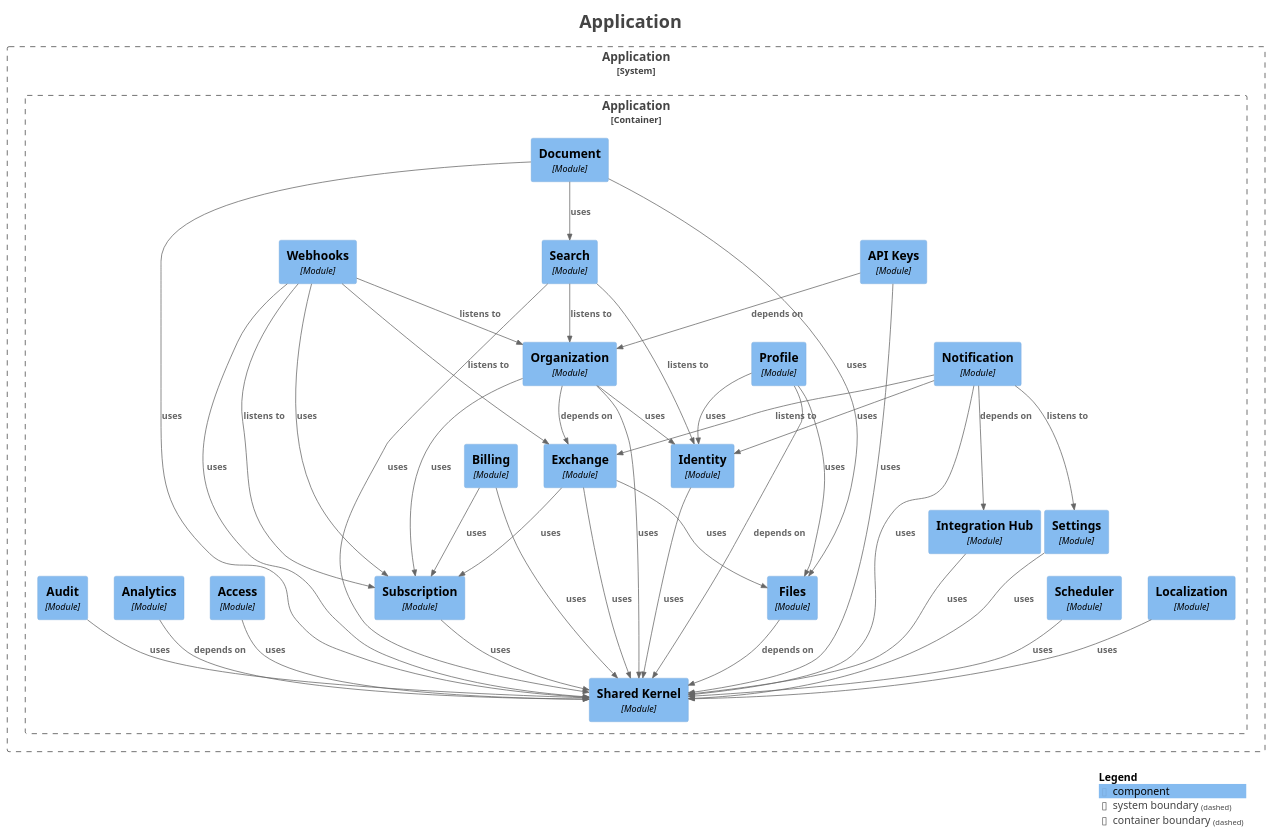
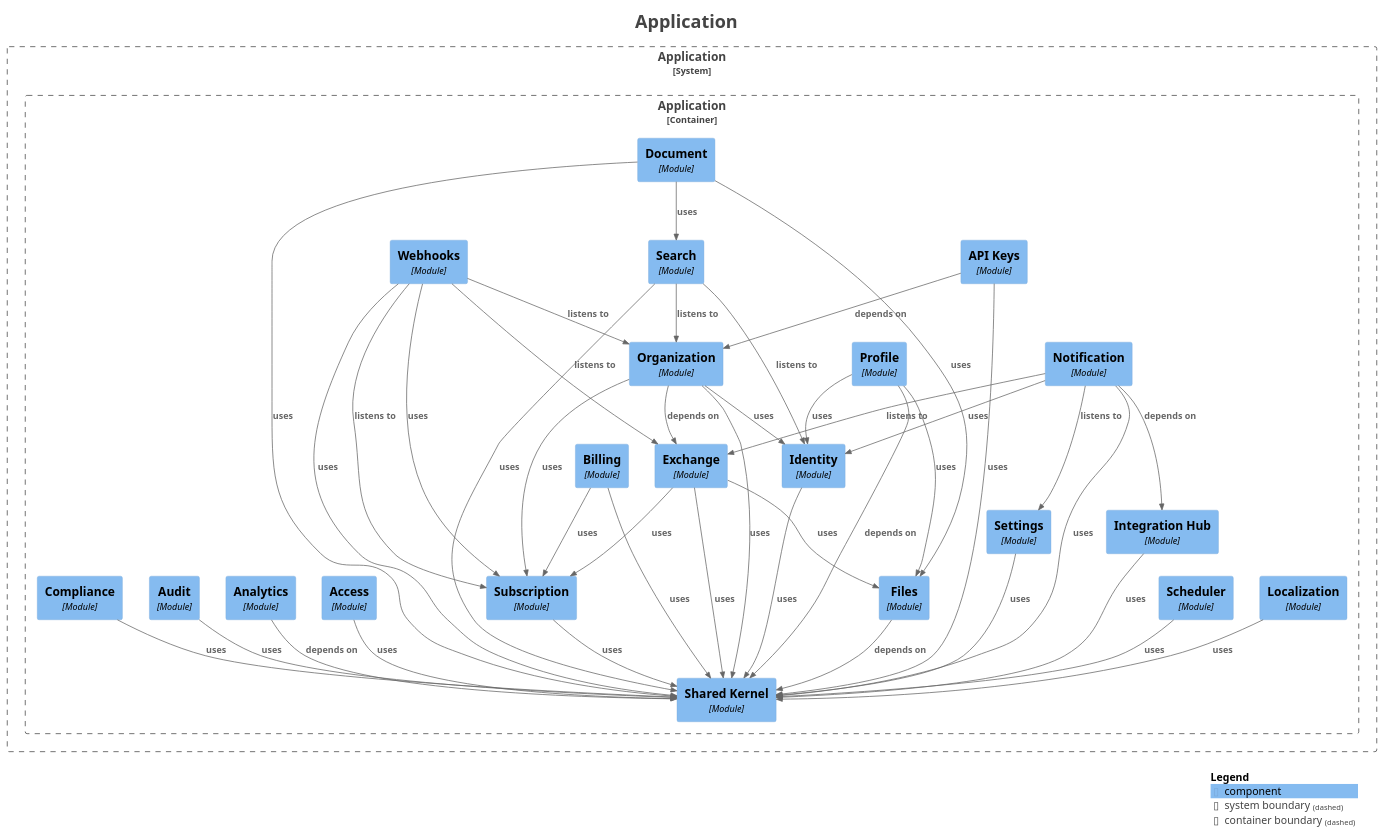
One commit to Paul-Ayesiga/enterprise-modulith-template changed the diagram in docs/modulith/components.puml. Above: the diagram before and after it, drawn with PlantUML. The commit also changed 36 other files, not shown here.

```diff
--- a/docs/modulith/components.puml
+++ b/docs/modulith/components.puml
@@ -1,87 +1,89 @@
 @startuml
 title <size:24>Application</size>
 
 set separator none
 top to bottom direction
 
 <style>
   root {
     BackgroundColor: #ffffff
     FontColor: #444444
   }
 </style>
 
 !include <C4/C4>
 !include <C4/C4_Context>
 !include <C4/C4_Component>
 
 System_Boundary("Application_boundary", "Application", $tags="") {
   Container_Boundary("Application.Application_boundary", "Application", $tags="") {
+    Component(Application.Application.IntegrationHub, "Integration Hub", $techn="Module", $descr="", $tags="", $link="")
     Component(Application.Application.Localization, "Localization", $techn="Module", $descr="", $tags="", $link="")
     Component(Application.Application.Scheduler, "Scheduler", $techn="Module", $descr="", $tags="", $link="")
     Component(Application.Application.Settings, "Settings", $techn="Module", $descr="", $tags="", $link="")
     Component(Application.Application.Subscription, "Subscription", $techn="Module", $descr="", $tags="", $link="")
     Component(Application.Application.Billing, "Billing", $techn="Module", $descr="", $tags="", $link="")
     Component(Application.Application.Exchange, "Exchange", $techn="Module", $descr="", $tags="", $link="")
     Component(Application.Application.Profile, "Profile", $techn="Module", $descr="", $tags="", $link="")
     Component(Application.Application.Notification, "Notification", $techn="Module", $descr="", $tags="", $link="")
     Component(Application.Application.Organization, "Organization", $techn="Module", $descr="", $tags="", $link="")
     Component(Application.Application.APIKeys, "API Keys", $techn="Module", $descr="", $tags="", $link="")
     Component(Application.Application.Search, "Search", $techn="Module", $descr="", $tags="", $link="")
     Component(Application.Application.Webhooks, "Webhooks", $techn="Module", $descr="", $tags="", $link="")
     Component(Application.Application.Document, "Document", $techn="Module", $descr="", $tags="", $link="")
     Component(Application.Application.SharedKernel, "Shared Kernel", $techn="Module", $descr="", $tags="", $link="")
     Component(Application.Application.Access, "Access", $techn="Module", $descr="", $tags="", $link="")
     Component(Application.Application.Analytics, "Analytics", $techn="Module", $descr="", $tags="", $link="")
     Component(Application.Application.Audit, "Audit", $techn="Module", $descr="", $tags="", $link="")
+    Component(Application.Application.Compliance, "Compliance", $techn="Module", $descr="", $tags="", $link="")
     Component(Application.Application.Files, "Files", $techn="Module", $descr="", $tags="", $link="")
     Component(Application.Application.Identity, "Identity", $techn="Module", $descr="", $tags="", $link="")
-    Component(Application.Application.IntegrationHub, "Integration Hub", $techn="Module", $descr="", $tags="", $link="")
   }
 
 }
 
-Rel(Application.Application.Audit, Application.Application.SharedKernel, "uses", $techn="", $tags="", $link="")
-Rel(Application.Application.Files, Application.Application.SharedKernel, "depends on", $techn="", $tags="", $link="")
+Rel(Application.Application.Organization, Application.Application.Exchange, "depends on", $techn="", $tags="", $link="")
+Rel(Application.Application.Organization, Application.Application.Identity, "uses", $techn="", $tags="", $link="")
+Rel(Application.Application.Organization, Application.Application.SharedKernel, "uses", $techn="", $tags="", $link="")
+Rel(Application.Application.Organization, Application.Application.Subscription, "uses", $techn="", $tags="", $link="")
+Rel(Application.Application.Search, Application.Application.Identity, "listens to", $techn="", $tags="", $link="")
+Rel(Application.Application.Search, Application.Application.Organization, "listens to", $techn="", $tags="", $link="")
+Rel(Application.Application.Search, Application.Application.SharedKernel, "uses", $techn="", $tags="", $link="")
 Rel(Application.Application.Identity, Application.Application.SharedKernel, "uses", $techn="", $tags="", $link="")
-Rel(Application.Application.Localization, Application.Application.SharedKernel, "uses", $techn="", $tags="", $link="")
 Rel(Application.Application.Exchange, Application.Application.Files, "uses", $techn="", $tags="", $link="")
 Rel(Application.Application.Exchange, Application.Application.SharedKernel, "uses", $techn="", $tags="", $link="")
 Rel(Application.Application.Exchange, Application.Application.Subscription, "uses", $techn="", $tags="", $link="")
-Rel(Application.Application.Profile, Application.Application.SharedKernel, "depends on", $techn="", $tags="", $link="")
-Rel(Application.Application.Profile, Application.Application.Identity, "uses", $techn="", $tags="", $link="")
-Rel(Application.Application.Profile, Application.Application.Files, "uses", $techn="", $tags="", $link="")
-Rel(Application.Application.APIKeys, Application.Application.Organization, "depends on", $techn="", $tags="", $link="")
-Rel(Application.Application.APIKeys, Application.Application.SharedKernel, "uses", $techn="", $tags="", $link="")
-Rel(Application.Application.Access, Application.Application.SharedKernel, "uses", $techn="", $tags="", $link="")
+Rel(Application.Application.Scheduler, Application.Application.SharedKernel, "uses", $techn="", $tags="", $link="")
+Rel(Application.Application.Audit, Application.Application.SharedKernel, "uses", $techn="", $tags="", $link="")
 Rel(Application.Application.Notification, Application.Application.Exchange, "listens to", $techn="", $tags="", $link="")
 Rel(Application.Application.Notification, Application.Application.Settings, "listens to", $techn="", $tags="", $link="")
 Rel(Application.Application.Notification, Application.Application.IntegrationHub, "depends on", $techn="", $tags="", $link="")
 Rel(Application.Application.Notification, Application.Application.SharedKernel, "uses", $techn="", $tags="", $link="")
 Rel(Application.Application.Notification, Application.Application.Identity, "uses", $techn="", $tags="", $link="")
-Rel(Application.Application.Settings, Application.Application.SharedKernel, "uses", $techn="", $tags="", $link="")
+Rel(Application.Application.IntegrationHub, Application.Application.SharedKernel, "uses", $techn="", $tags="", $link="")
 Rel(Application.Application.Subscription, Application.Application.SharedKernel, "uses", $techn="", $tags="", $link="")
-Rel(Application.Application.Billing, Application.Application.Subscription, "uses", $techn="", $tags="", $link="")
-Rel(Application.Application.Billing, Application.Application.SharedKernel, "uses", $techn="", $tags="", $link="")
-Rel(Application.Application.IntegrationHub, Application.Application.SharedKernel, "uses", $techn="", $tags="", $link="")
+Rel(Application.Application.Analytics, Application.Application.SharedKernel, "depends on", $techn="", $tags="", $link="")
+Rel(Application.Application.Profile, Application.Application.SharedKernel, "depends on", $techn="", $tags="", $link="")
+Rel(Application.Application.Profile, Application.Application.Identity, "uses", $techn="", $tags="", $link="")
+Rel(Application.Application.Profile, Application.Application.Files, "uses", $techn="", $tags="", $link="")
 Rel(Application.Application.Webhooks, Application.Application.Organization, "listens to", $techn="", $tags="", $link="")
 Rel(Application.Application.Webhooks, Application.Application.Exchange, "listens to", $techn="", $tags="", $link="")
 Rel(Application.Application.Webhooks, Application.Application.Subscription, "listens to", $techn="", $tags="", $link="")
 Rel(Application.Application.Webhooks, Application.Application.SharedKernel, "uses", $techn="", $tags="", $link="")
 Rel(Application.Application.Webhooks, Application.Application.Subscription, "uses", $techn="", $tags="", $link="")
-Rel(Application.Application.Scheduler, Application.Application.SharedKernel, "uses", $techn="", $tags="", $link="")
+Rel(Application.Application.APIKeys, Application.Application.Organization, "depends on", $techn="", $tags="", $link="")
+Rel(Application.Application.APIKeys, Application.Application.SharedKernel, "uses", $techn="", $tags="", $link="")
+Rel(Application.Application.Access, Application.Application.SharedKernel, "uses", $techn="", $tags="", $link="")
+Rel(Application.Application.Files, Application.Application.SharedKernel, "depends on", $techn="", $tags="", $link="")
+Rel(Application.Application.Billing, Application.Application.Subscription, "uses", $techn="", $tags="", $link="")
+Rel(Application.Application.Billing, Application.Application.SharedKernel, "uses", $techn="", $tags="", $link="")
+Rel(Application.Application.Settings, Application.Application.SharedKernel, "uses", $techn="", $tags="", $link="")
 Rel(Application.Application.Document, Application.Application.Files, "uses", $techn="", $tags="", $link="")
 Rel(Application.Application.Document, Application.Application.Search, "uses", $techn="", $tags="", $link="")
 Rel(Application.Application.Document, Application.Application.SharedKernel, "uses", $techn="", $tags="", $link="")
-Rel(Application.Application.Analytics, Application.Application.SharedKernel, "depends on", $techn="", $tags="", $link="")
-Rel(Application.Application.Search, Application.Application.Organization, "listens to", $techn="", $tags="", $link="")
-Rel(Application.Application.Search, Application.Application.Identity, "listens to", $techn="", $tags="", $link="")
-Rel(Application.Application.Search, Application.Application.SharedKernel, "uses", $techn="", $tags="", $link="")
-Rel(Application.Application.Organization, Application.Application.Exchange, "depends on", $techn="", $tags="", $link="")
-Rel(Application.Application.Organization, Application.Application.Identity, "uses", $techn="", $tags="", $link="")
-Rel(Application.Application.Organization, Application.Application.SharedKernel, "uses", $techn="", $tags="", $link="")
-Rel(Application.Application.Organization, Application.Application.Subscription, "uses", $techn="", $tags="", $link="")
+Rel(Application.Application.Localization, Application.Application.SharedKernel, "uses", $techn="", $tags="", $link="")
+Rel(Application.Application.Compliance, Application.Application.SharedKernel, "uses", $techn="", $tags="", $link="")
 
 SHOW_LEGEND(true)
 hide stereotypes
 @enduml
```
